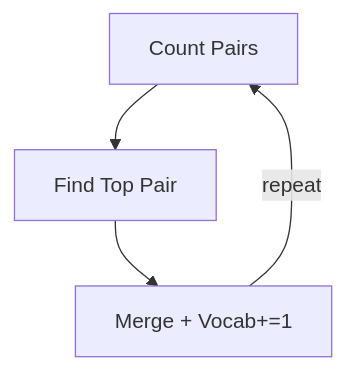
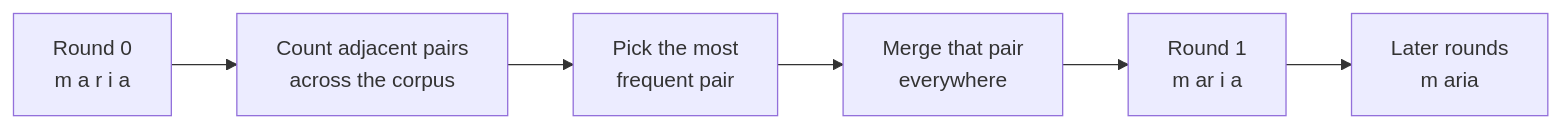
Before and after one commit to danilop/micro-gpt-and-beyond: the diagram in walk-the-code/diagrams/bpe_merge.mmd, drawn with Mermaid. The commit also changed 45 other files, not shown here.

```diff
--- a/walk-the-code/diagrams/bpe_merge.mmd
+++ b/walk-the-code/diagrams/bpe_merge.mmd
@@ -1,5 +1,8 @@
-graph TD
-    count[Count Pairs]
-    count --> find_best[Find Top Pair]
-    find_best --> merge[Merge + Vocab+=1]
-    merge -->|repeat| count
+graph LR
+    r0[Round 0<br/>m a r i a]
+    count[Count adjacent pairs<br/>across the corpus]
+    find_best[Pick the most<br/>frequent pair]
+    merge[Merge that pair<br/>everywhere]
+    r1[Round 1<br/>m ar i a]
+    r2[Later rounds<br/>m aria]
+    r0 --> count --> find_best --> merge --> r1 --> r2
```
